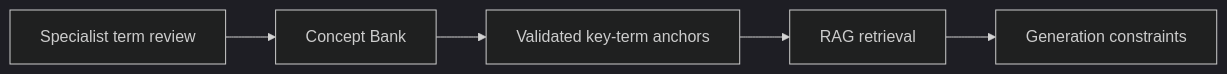
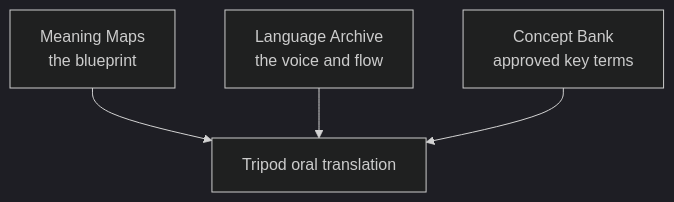
Before and after one commit to shemaobt/docs: the first of 4 diagrams in site/docs/architecture/tripod-overview.md, drawn with Mermaid (dark theme). The commit also changed other lines of this file, not shown here.

First line of the commit message:
docs(architecture): rewrite Tripod overview in plain language

````diff
--- a/site/docs/architecture/tripod-overview.md
+++ b/site/docs/architecture/tripod-overview.md
@@ -136,7 +36,9 @@
 ```mermaid
-flowchart LR
-    A[Specialist term review] --> B[Concept Bank]
-    B --> C[Validated key-term anchors]
-    C --> D[RAG retrieval]
-    D --> E[Generation constraints]
+flowchart TB
+    A[Meaning Maps<br/>the blueprint]
+    B[Language Archive<br/>the voice and flow]
+    C[Concept Bank<br/>approved key terms]
+    A --> D[Tripod oral translation]
+    B --> D
+    C --> D
 ```
````
